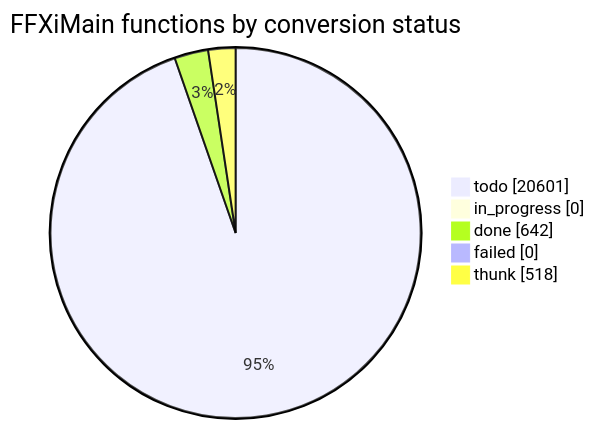
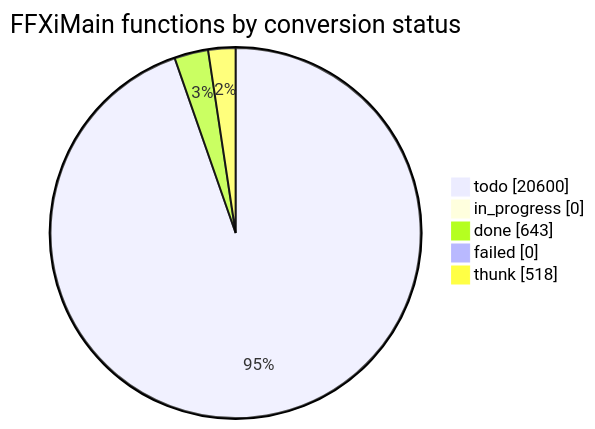
The diagram in docs/cow/STATUS.md (cowrevenge/cow_kuluu_xi_anything), drawn with Mermaid before and after one commit. The commit also changed other lines of this file and 9 other files, not shown here.

````diff
--- a/docs/cow/STATUS.md
+++ b/docs/cow/STATUS.md
@@ -18,9 +18,9 @@
 ```mermaid
 pie showData
     title FFXiMain functions by conversion status
-    "todo" : 20601
+    "todo" : 20600
     "in_progress" : 0
-    "done" : 642
+    "done" : 643
     "failed" : 0
     "thunk" : 518
 ```
````
